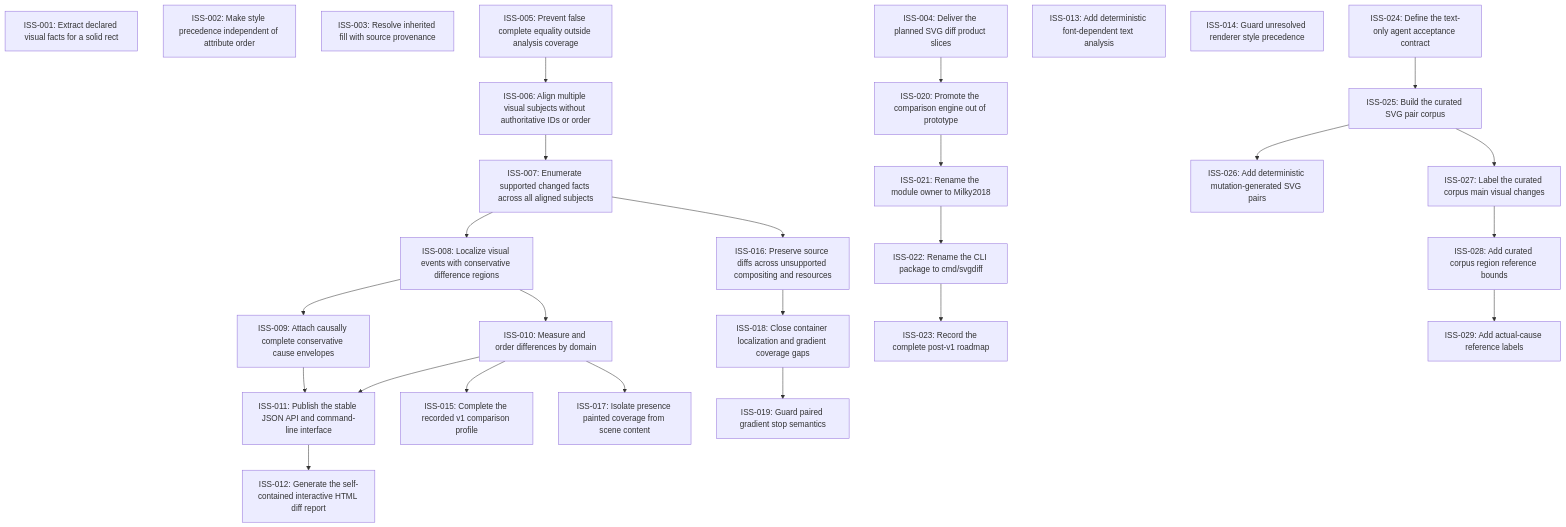
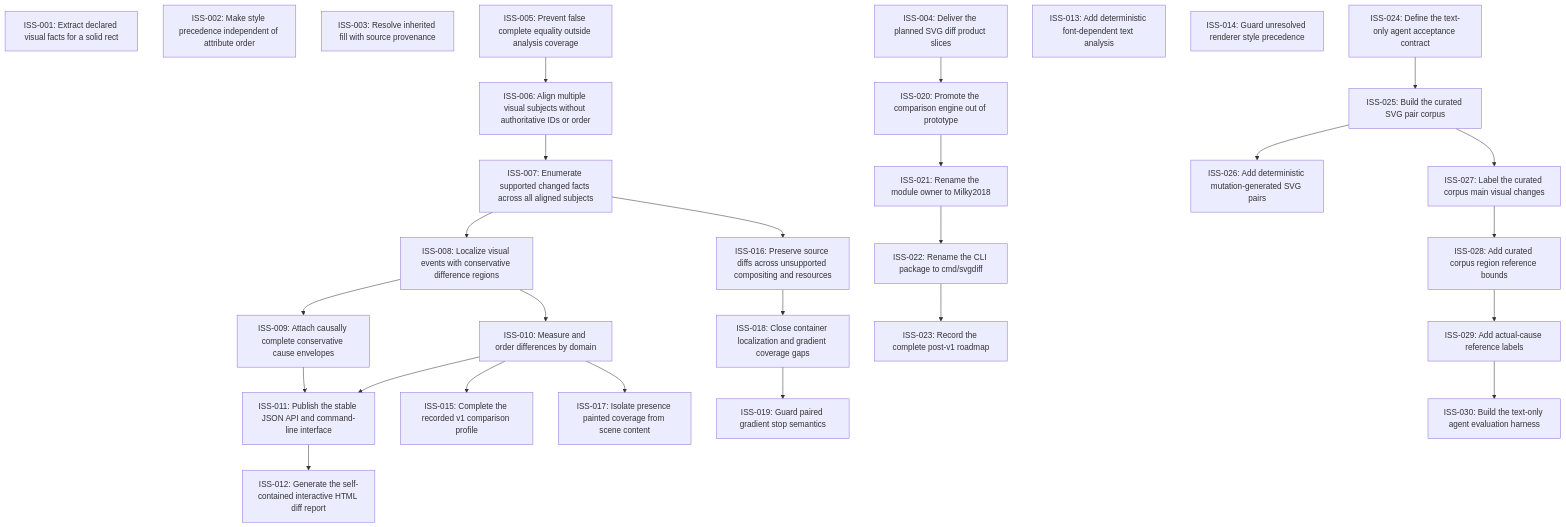
One commit to moonbit-community/svgdiff changed the diagram in issues/README.md. Above: the diagram before and after it, drawn with Mermaid. The commit also changed 9 other files, not shown here.

Commit message:
Build text-only agent evaluation harness

````diff
--- a/issues/README.md
+++ b/issues/README.md
@@ -18,54 +18,56 @@
 ```mermaid
 graph TD
   ISS_001["ISS-001: Extract declared visual facts for a solid rect"]
   ISS_002["ISS-002: Make style precedence independent of attribute order"]
   ISS_003["ISS-003: Resolve inherited fill with source provenance"]
   ISS_004["ISS-004: Deliver the planned SVG diff product slices"]
   ISS_005["ISS-005: Prevent false complete equality outside analysis coverage"]
   ISS_006["ISS-006: Align multiple visual subjects without authoritative IDs or order"]
   ISS_007["ISS-007: Enumerate supported changed facts across all aligned subjects"]
   ISS_008["ISS-008: Localize visual events with conservative difference regions"]
   ISS_009["ISS-009: Attach causally complete conservative cause envelopes"]
   ISS_010["ISS-010: Measure and order differences by domain"]
   ISS_011["ISS-011: Publish the stable JSON API and command-line interface"]
   ISS_012["ISS-012: Generate the self-contained interactive HTML diff report"]
   ISS_013["ISS-013: Add deterministic font-dependent text analysis"]
   ISS_014["ISS-014: Guard unresolved renderer style precedence"]
   ISS_015["ISS-015: Complete the recorded v1 comparison profile"]
   ISS_016["ISS-016: Preserve source diffs across unsupported compositing and resources"]
   ISS_017["ISS-017: Isolate presence painted coverage from scene content"]
   ISS_018["ISS-018: Close container localization and gradient coverage gaps"]
   ISS_019["ISS-019: Guard paired gradient stop semantics"]
   ISS_020["ISS-020: Promote the comparison engine out of prototype"]
   ISS_021["ISS-021: Rename the module owner to Milky2018"]
   ISS_022["ISS-022: Rename the CLI package to cmd/svgdiff"]
   ISS_023["ISS-023: Record the complete post-v1 roadmap"]
   ISS_024["ISS-024: Define the text-only agent acceptance contract"]
   ISS_025["ISS-025: Build the curated SVG pair corpus"]
   ISS_026["ISS-026: Add deterministic mutation-generated SVG pairs"]
   ISS_027["ISS-027: Label the curated corpus main visual changes"]
   ISS_028["ISS-028: Add curated corpus region reference bounds"]
   ISS_029["ISS-029: Add actual-cause reference labels"]
+  ISS_030["ISS-030: Build the text-only agent evaluation harness"]
   ISS_005 --> ISS_006
   ISS_006 --> ISS_007
   ISS_007 --> ISS_008
   ISS_008 --> ISS_009
   ISS_008 --> ISS_010
   ISS_009 --> ISS_011
   ISS_010 --> ISS_011
   ISS_011 --> ISS_012
   ISS_010 --> ISS_015
   ISS_007 --> ISS_016
   ISS_010 --> ISS_017
   ISS_016 --> ISS_018
   ISS_018 --> ISS_019
   ISS_004 --> ISS_020
   ISS_020 --> ISS_021
   ISS_021 --> ISS_022
   ISS_022 --> ISS_023
   ISS_024 --> ISS_025
   ISS_025 --> ISS_026
   ISS_025 --> ISS_027
   ISS_027 --> ISS_028
   ISS_028 --> ISS_029
+  ISS_029 --> ISS_030
 ```
````
